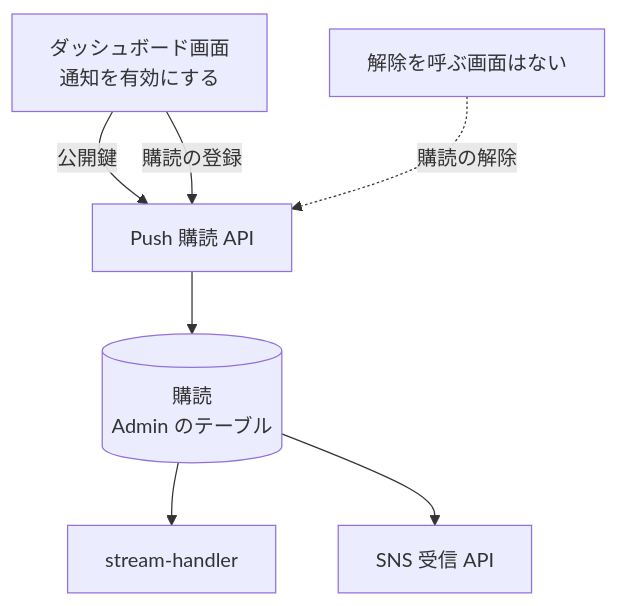
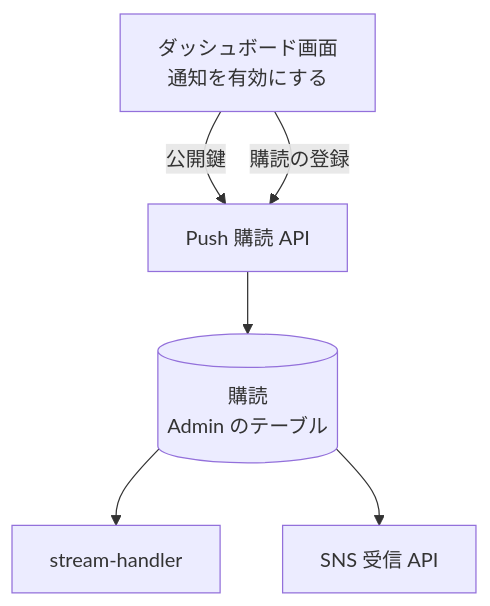
Before and after one commit to nagiyu/nagiyu-platform: the diagram in docs/services/admin/specs/api/notify.md, drawn with Mermaid. The commit also changed other lines of this file and 32 other files, not shown here.

````diff
--- a/docs/services/admin/specs/api/notify.md
+++ b/docs/services/admin/specs/api/notify.md
@@ -48,9 +49,8 @@
 ```mermaid
 flowchart TD
     S[ダッシュボード画面<br/>通知を有効にする] -->|公開鍵| A[Push 購読 API]
     S -->|購読の登録| A
-    X[解除を呼ぶ画面はない] -.->|購読の解除| A
     A --> D[(購読<br/>Admin のテーブル)]
     D --> H[stream-handler]
     D --> N[SNS 受信 API]
 ```
````
